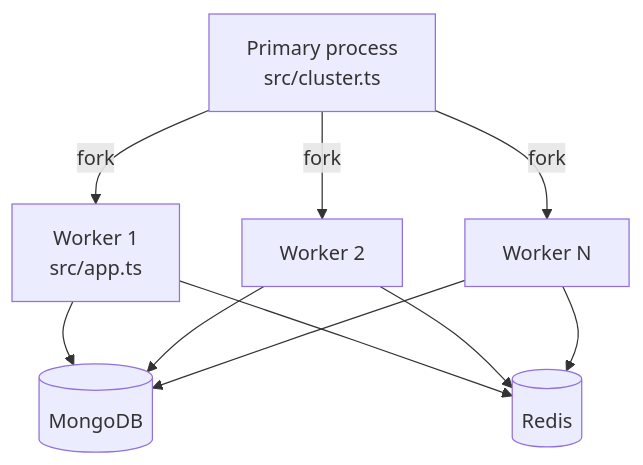
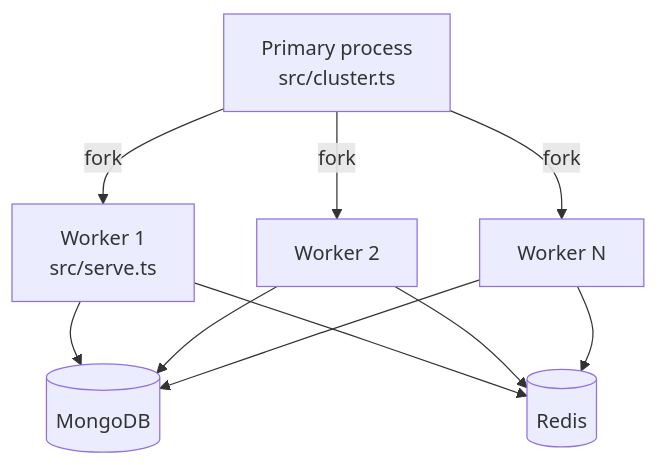
One commit to Guebbit/boilerplate-node-backend changed the first of 3 diagrams in docs/theory/clustering.md. Above: the diagram before and after it, drawn with Mermaid. The commit also changed other lines of this file and 21 other files, not shown here.

````diff
--- a/docs/theory/clustering.md
+++ b/docs/theory/clustering.md
@@ -8,12 +10,12 @@
 ```mermaid
 flowchart TD
-    Primary[Primary process<br/>src/cluster.ts] -->|fork| W1[Worker 1<br/>src/app.ts]
+    Primary[Primary process<br/>src/cluster.ts] -->|fork| W1[Worker 1<br/>src/serve.ts]
     Primary -->|fork| W2[Worker 2]
     Primary -->|fork| Wn[Worker N]
     W1 --> Mongo[(MongoDB)]
     W2 --> Mongo
     Wn --> Mongo
     W1 --> Redis[(Redis)]
     W2 --> Redis
     Wn --> Redis
 ```
````
